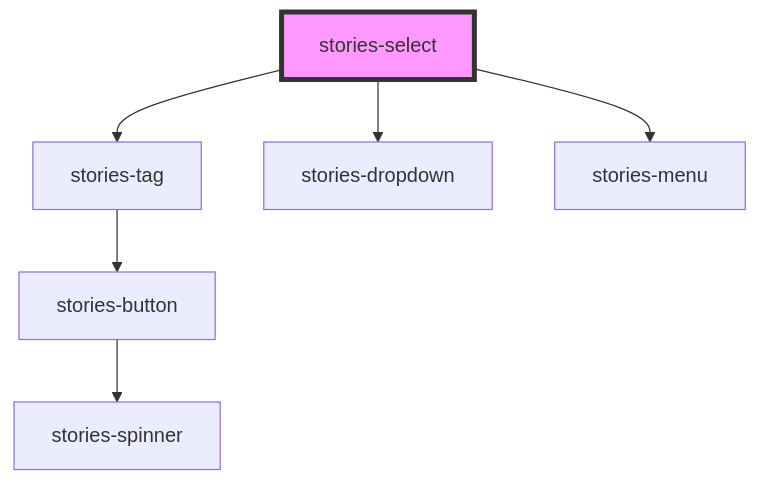
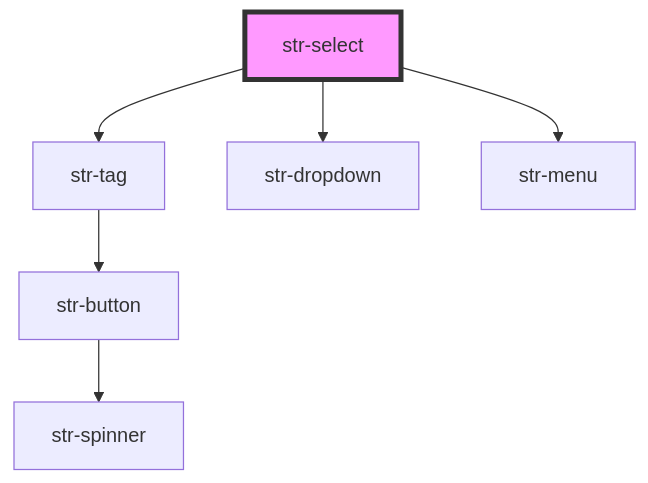
One commit to storiesjs/stories changed the diagram in packages/core/src/components/select/readme.md. Above: the diagram before and after it, drawn with Mermaid. The commit also changed other lines of this file and 221 other files, not shown here.

Commit message:
Stories prefix rename to str

````diff
--- a/packages/core/src/components/select/readme.md
+++ b/packages/core/src/components/select/readme.md
@@ -100,9 +100,9 @@
 ```mermaid
 graph TD;
-  stories-select --> stories-tag
-  stories-select --> stories-dropdown
-  stories-select --> stories-menu
-  stories-tag --> stories-button
-  stories-button --> stories-spinner
-  style stories-select fill:#f9f,stroke:#333,stroke-width:4px
+  str-select --> str-tag
+  str-select --> str-dropdown
+  str-select --> str-menu
+  str-tag --> str-button
+  str-button --> str-spinner
+  style str-select fill:#f9f,stroke:#333,stroke-width:4px
 ```
````
